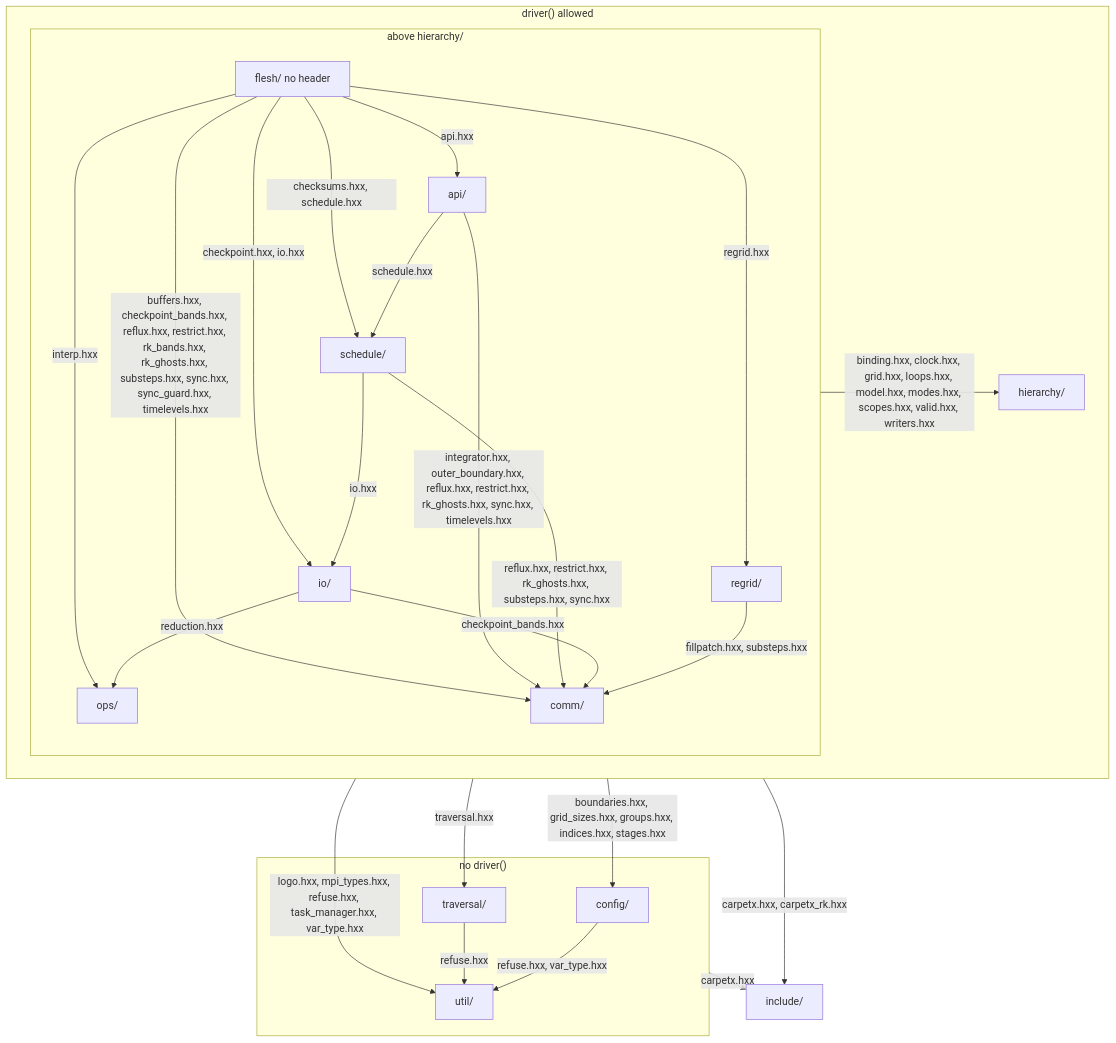
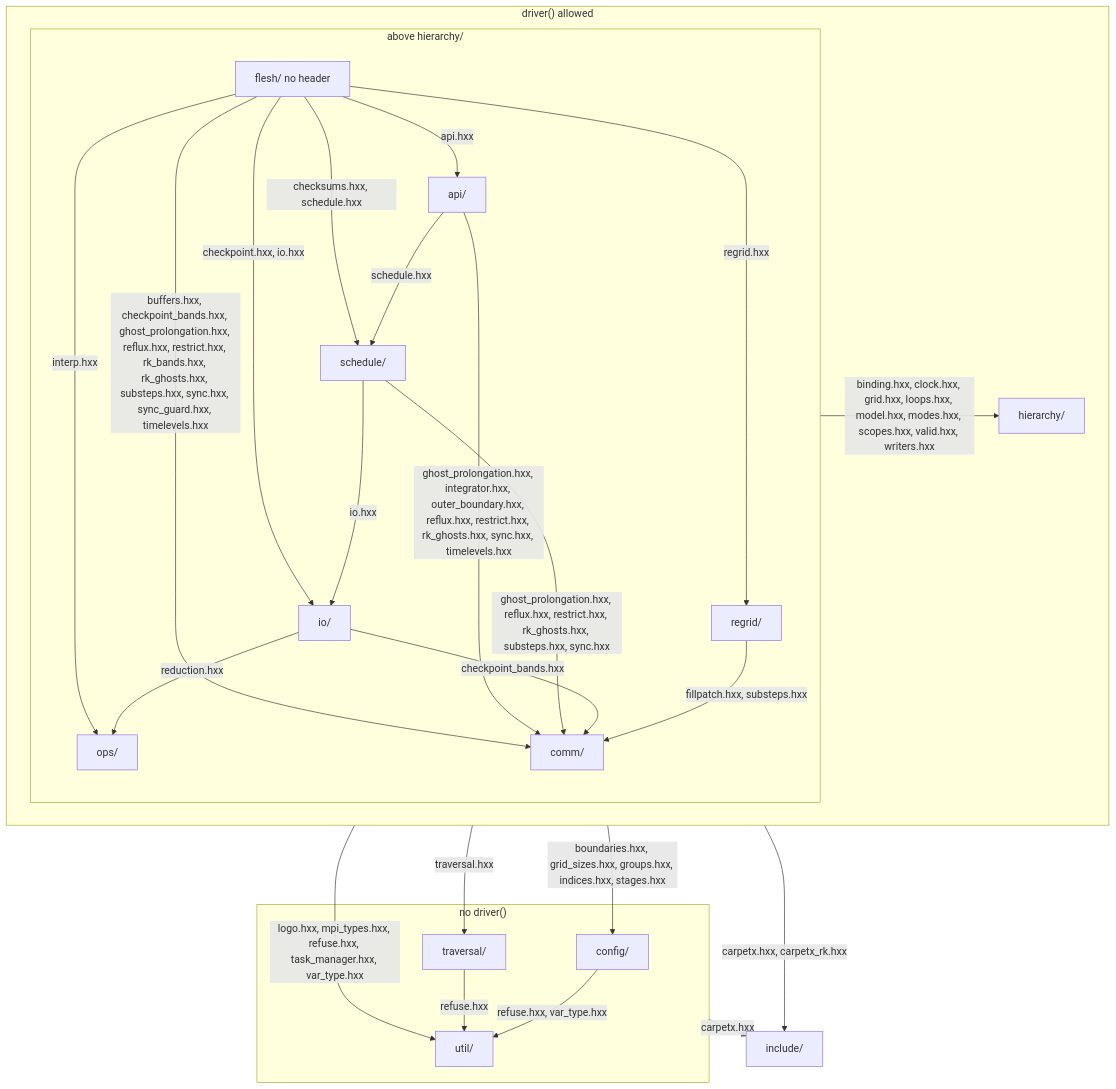
Before and after one commit to lwJi/CarpetX: the first of 3 diagrams in agent_docs/carpetx-internals.md, drawn with Mermaid. The commit also changed 10 other files, not shown here.

First line of the commit message:
CarpetX: ghost_prolongation leaves comm/sync

````diff
--- a/agent_docs/carpetx-internals.md
+++ b/agent_docs/carpetx-internals.md
@@ -7,42 +7,42 @@
 ```mermaid
 flowchart TB
   subgraph door["driver() allowed"]
     subgraph above["above hierarchy/"]
       flesh["flesh/ no header"]
       api["api/"]
       schedule["schedule/"]
       io["io/"]
       ops["ops/"]
       regrid["regrid/"]
       comm["comm/"]
     end
     hierarchy["hierarchy/"]
   end
   subgraph nodoor["no driver()"]
     config["config/"]
     traversal["traversal/"]
     util["util/"]
   end
   include["include/"]
   flesh -- "api.hxx" --> api
   flesh -- "checksums.hxx, schedule.hxx" --> schedule
   flesh -- "checkpoint.hxx, io.hxx" --> io
   flesh -- "interp.hxx" --> ops
   flesh -- "regrid.hxx" --> regrid
-  flesh -- "buffers.hxx, checkpoint_bands.hxx, reflux.hxx, restrict.hxx, rk_bands.hxx, rk_ghosts.hxx, substeps.hxx, sync.hxx, sync_guard.hxx, timelevels.hxx" --> comm
+  flesh -- "buffers.hxx, checkpoint_bands.hxx, ghost_prolongation.hxx, reflux.hxx, restrict.hxx, rk_bands.hxx, rk_ghosts.hxx, substeps.hxx, sync.hxx, sync_guard.hxx, timelevels.hxx" --> comm
   api -- "schedule.hxx" --> schedule
-  api -- "integrator.hxx, outer_boundary.hxx, reflux.hxx, restrict.hxx, rk_ghosts.hxx, sync.hxx, timelevels.hxx" --> comm
+  api -- "ghost_prolongation.hxx, integrator.hxx, outer_boundary.hxx, reflux.hxx, restrict.hxx, rk_ghosts.hxx, sync.hxx, timelevels.hxx" --> comm
   schedule -- "io.hxx" --> io
-  schedule -- "reflux.hxx, restrict.hxx, rk_ghosts.hxx, substeps.hxx, sync.hxx" --> comm
+  schedule -- "ghost_prolongation.hxx, reflux.hxx, restrict.hxx, rk_ghosts.hxx, substeps.hxx, sync.hxx" --> comm
   io -- "reduction.hxx" --> ops
   io -- "checkpoint_bands.hxx" --> comm
   regrid -- "fillpatch.hxx, substeps.hxx" --> comm
   config -- "refuse.hxx, var_type.hxx" --> util
   traversal -- "refuse.hxx" --> util
   above -- "binding.hxx, clock.hxx, grid.hxx, loops.hxx, model.hxx, modes.hxx, scopes.hxx, valid.hxx, writers.hxx" --> hierarchy
   door -- "boundaries.hxx, grid_sizes.hxx, groups.hxx, indices.hxx, stages.hxx" --> config
   door -- "traversal.hxx" --> traversal
   door -- "logo.hxx, mpi_types.hxx, refuse.hxx, task_manager.hxx, var_type.hxx" --> util
   door -- "carpetx.hxx, carpetx_rk.hxx" --> include
   nodoor -- "carpetx.hxx" --> include
 ```
````
